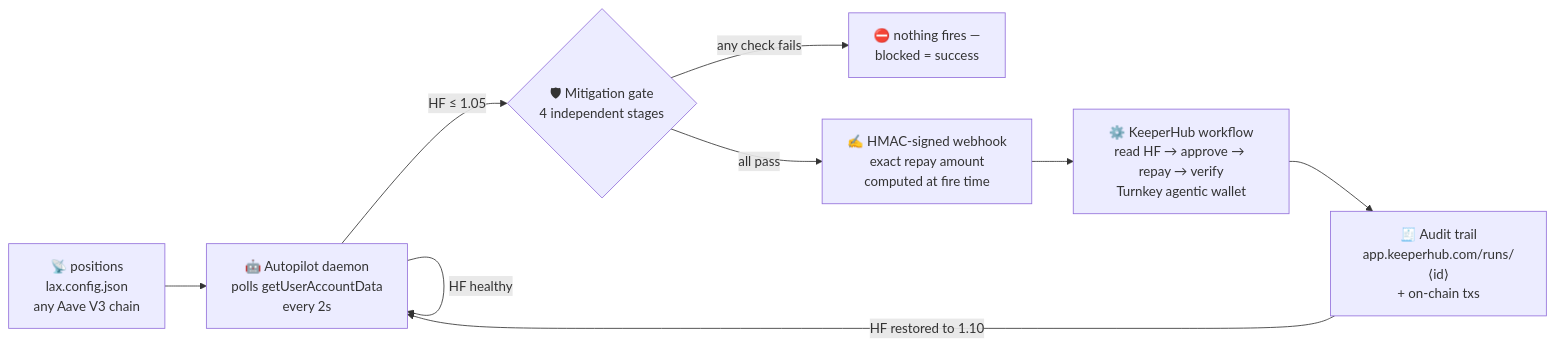
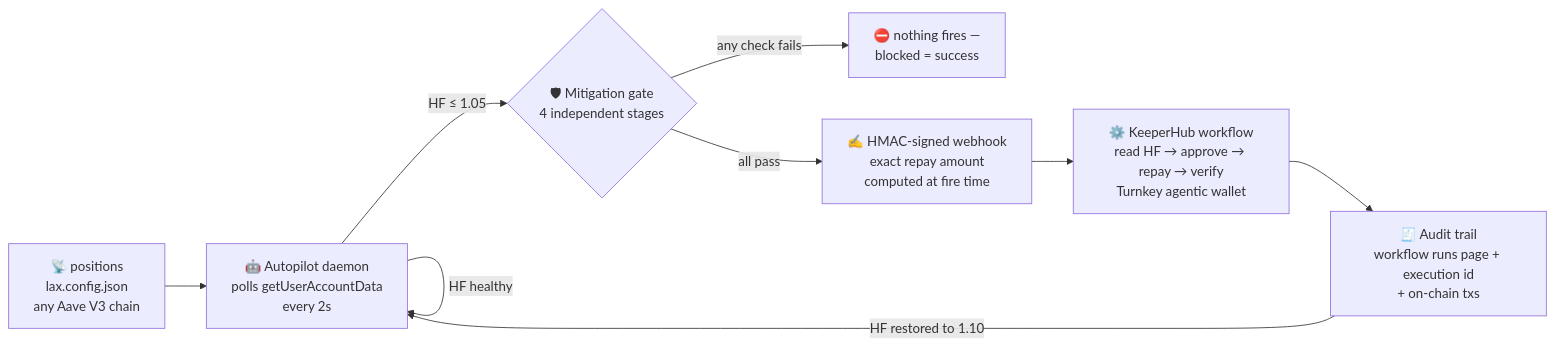
One commit to n-dlms/LAX changed the first of 2 diagrams in README.md. Above: the diagram before and after it, drawn with Mermaid. The commit also changed other lines of this file and 14 other files, not shown here.

Commit message:
fix(links): dead app.keeperhub.com/runs/{id} permalinks replaced with the workflow runs page (route verified 200) — CLI, daemon, demo, dashboard AuditView; fork-local txs no longer link to basescan; all docs and tests updated

````diff
--- a/README.md
+++ b/README.md
@@ -30,11 +30,11 @@
 ```mermaid
 flowchart LR
     A["📡 positions<br/>lax.config.json<br/>any Aave V3 chain"] --> B["🤖 Autopilot daemon<br/>polls getUserAccountData<br/>every 2s"]
     B -->|"HF ≤ 1.05"| C{"🛡 Mitigation gate<br/>4 independent stages"}
     B -->|"HF healthy"| B
     C -->|"any check fails"| D["⛔ nothing fires —<br/>blocked = success"]
     C -->|"all pass"| E["✍️ HMAC-signed webhook<br/>exact repay amount<br/>computed at fire time"]
     E --> F["⚙️ KeeperHub workflow<br/>read HF → approve → repay → verify<br/>Turnkey agentic wallet"]
-    F --> G["🧾 Audit trail<br/>app.keeperhub.com/runs/⟨id⟩<br/>+ on-chain txs"]
+    F --> G["🧾 Audit trail<br/>workflow runs page + execution id<br/>+ on-chain txs"]
     G -->|"HF restored to 1.10"| B
 ```
````
